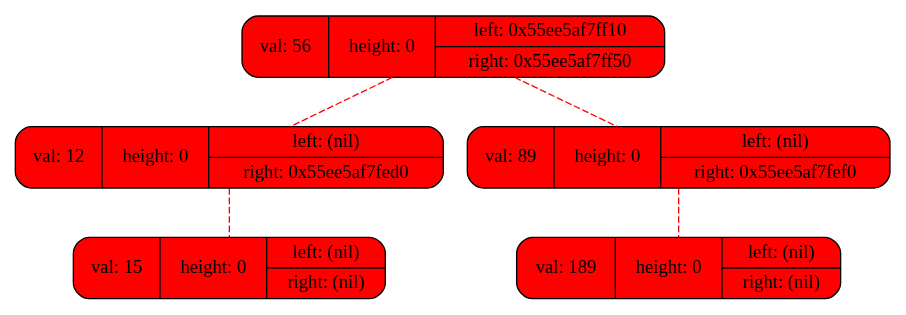
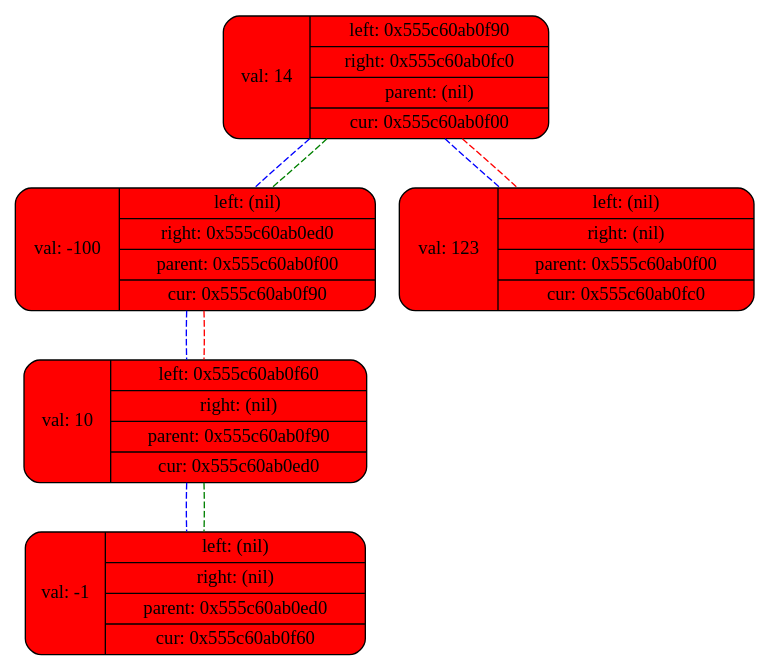
Before and after one commit to ThreadJava800/TreeCompare: the diagram in temp.dot, drawn with Graphviz. The commit also changed 11 other files, not shown here.

```diff
--- a/temp.dot
+++ b/temp.dot
@@ -1,8 +1,8 @@
 digraph tree {
 	rankdir=HR;
-	label0x55ee5af7ff70[shape=record, style="rounded, filled", fillcolor=red, label="{ {val: 56 | height: 0  | {left: 0x55ee5af7ff10 | right: 0x55ee5af7ff50} }}"];
-	label0x55ee5af7ff10[shape=record, style="rounded, filled", fillcolor=red, label="{ {val: 12 | height: 0  | {left: (nil) | right: 0x55ee5af7fed0} }}"];
-	label0x55ee5af7fed0[shape=record, style="rounded, filled", fillcolor=red, label="{ {val: 15 | height: 0  | {left: (nil) | right: (nil)} }}"];
-	label0x55ee5af7ff50[shape=record, style="rounded, filled", fillcolor=red, label="{ {val: 89 | height: 0  | {left: (nil) | right: 0x55ee5af7fef0} }}"];
-	label0x55ee5af7fef0[shape=record, style="rounded, filled", fillcolor=red, label="{ {val: 189 | height: 0  | {left: (nil) | right: (nil)} }}"];
-	label0x55ee5af7ff70->label0x55ee5af7ff10 [color="red", style="dashed",arrowhead="none"]	label0x55ee5af7ff70->label0x55ee5af7ff50 [color="red", style="dashed",arrowhead="none"]	label0x55ee5af7ff10->label0x55ee5af7fed0 [color="red", style="dashed",arrowhead="none"]	label0x55ee5af7ff50->label0x55ee5af7fef0 [color="red", style="dashed",arrowhead="none"]}
+	label0x555c60ab0f00[shape=record, style="rounded, filled", fillcolor=red, label="{ {val: 14  | {left: 0x555c60ab0f90 | right: 0x555c60ab0fc0 | parent: (nil) | cur: 0x555c60ab0f00} }}"];
+	label0x555c60ab0f90[shape=record, style="rounded, filled", fillcolor=red, label="{ {val: -100  | {left: (nil) | right: 0x555c60ab0ed0 | parent: 0x555c60ab0f00 | cur: 0x555c60ab0f90} }}"];
+	label0x555c60ab0f00->label0x555c60ab0f90 [color="blue", style="dashed",arrowhead="none"]	label0x555c60ab0ed0[shape=record, style="rounded, filled", fillcolor=red, label="{ {val: 10  | {left: 0x555c60ab0f60 | right: (nil) | parent: 0x555c60ab0f90 | cur: 0x555c60ab0ed0} }}"];
+	label0x555c60ab0f90->label0x555c60ab0ed0 [color="blue", style="dashed",arrowhead="none"]	label0x555c60ab0f60[shape=record, style="rounded, filled", fillcolor=red, label="{ {val: -1  | {left: (nil) | right: (nil) | parent: 0x555c60ab0ed0 | cur: 0x555c60ab0f60} }}"];
+	label0x555c60ab0ed0->label0x555c60ab0f60 [color="blue", style="dashed",arrowhead="none"]	label0x555c60ab0fc0[shape=record, style="rounded, filled", fillcolor=red, label="{ {val: 123  | {left: (nil) | right: (nil) | parent: 0x555c60ab0f00 | cur: 0x555c60ab0fc0} }}"];
+	label0x555c60ab0f00->label0x555c60ab0fc0 [color="blue", style="dashed",arrowhead="none"]	label0x555c60ab0f00->label0x555c60ab0f90 [color="green", style="dashed",arrowhead="none"]	label0x555c60ab0f00->label0x555c60ab0fc0 [color="red", style="dashed",arrowhead="none"]	label0x555c60ab0f90->label0x555c60ab0ed0 [color="red", style="dashed",arrowhead="none"]	label0x555c60ab0ed0->label0x555c60ab0f60 [color="green", style="dashed",arrowhead="none"]}
```
